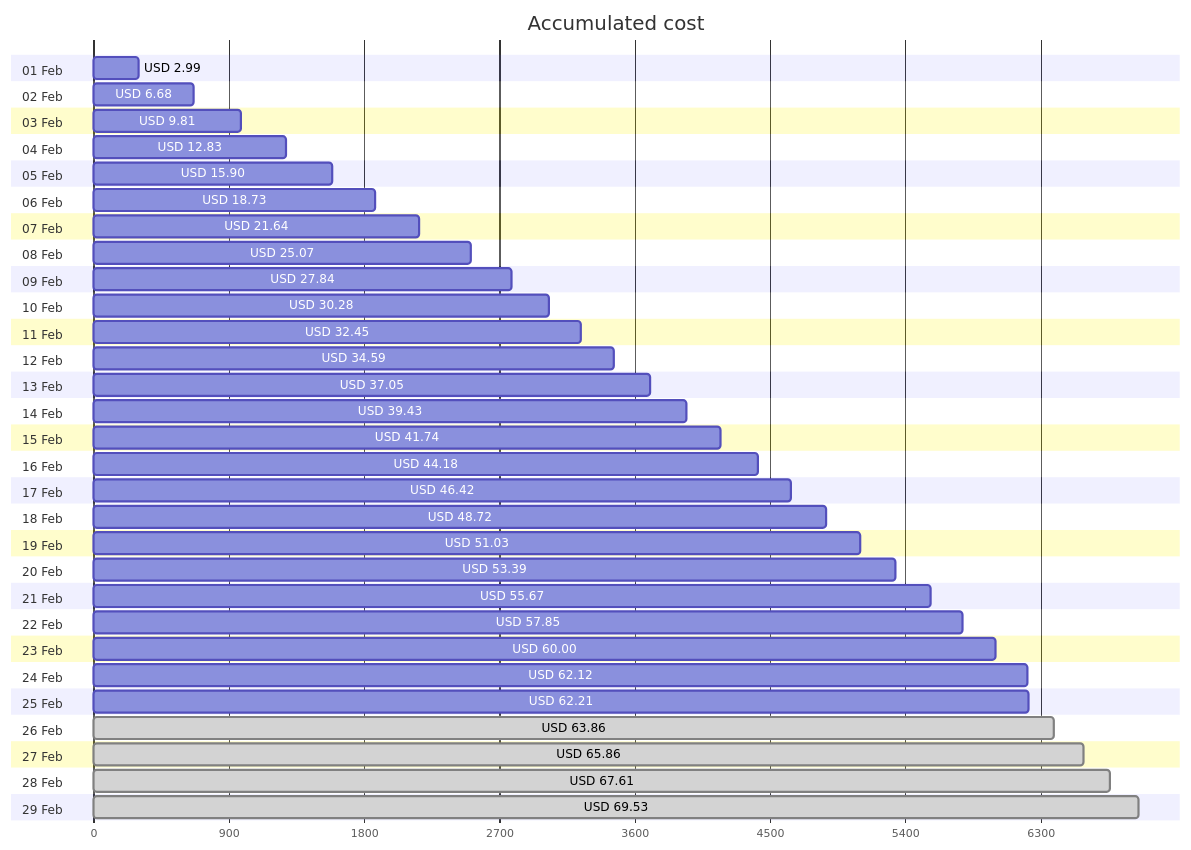
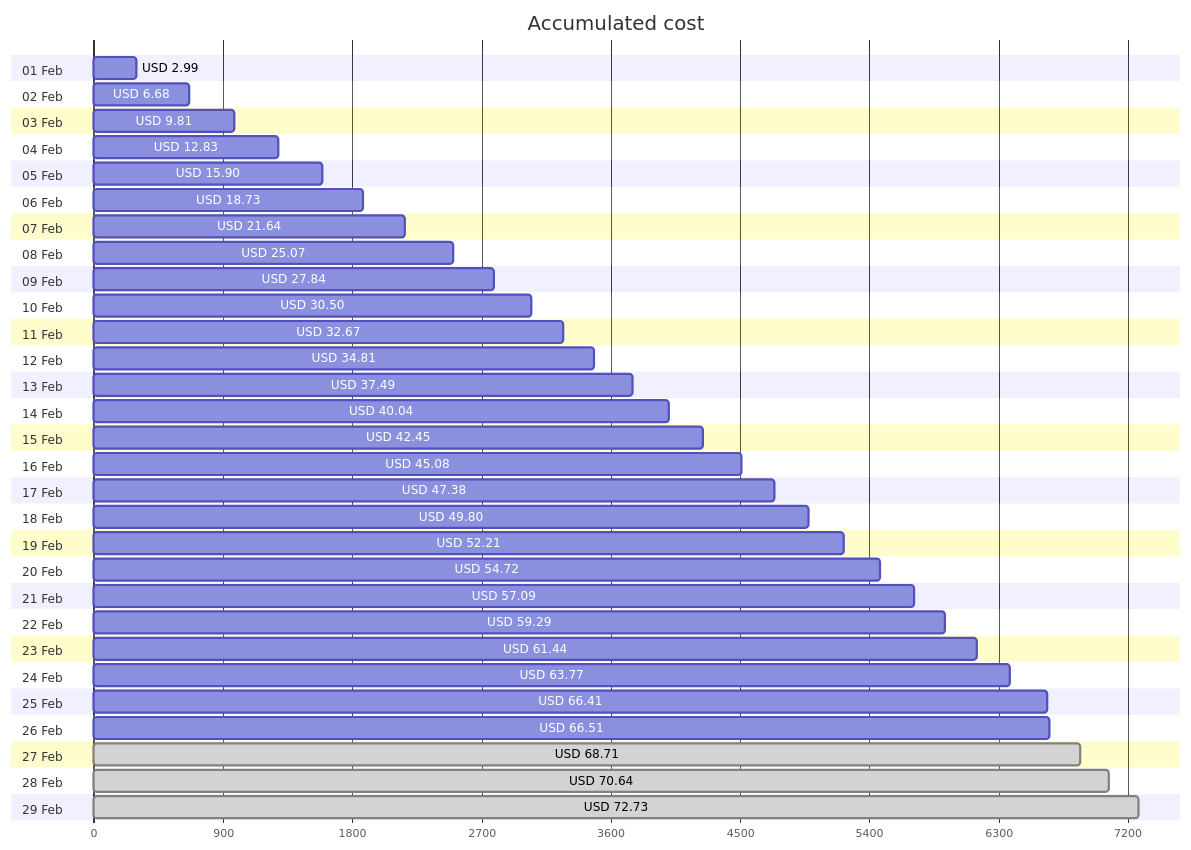
Before and after one commit to jpfulton/azure-personal-reports: the first of 4 diagrams in cost-reports/accumulated-cost.md, drawn with Mermaid. The commit also changed other lines of this file and 4 other files, not shown here.

````diff
--- a/cost-reports/accumulated-cost.md
+++ b/cost-reports/accumulated-cost.md
@@ -20,64 +20,64 @@
 ```mermaid
 gantt
    title Accumulated cost
    dateFormat  X
    axisFormat %s
    section 01 Feb
    USD 2.99 :0, 299
    section 02 Feb
    USD 6.68 :0, 668
    section 03 Feb
    USD 9.81 :0, 981
    section 04 Feb
    USD 12.83 :0, 1283
    section 05 Feb
    USD 15.90 :0, 1590
    section 06 Feb
    USD 18.73 :0, 1873
    section 07 Feb
    USD 21.64 :0, 2164
    section 08 Feb
    USD 25.07 :0, 2507
    section 09 Feb
    USD 27.84 :0, 2784
    section 10 Feb
-   USD 30.28 :0, 3028
+   USD 30.50 :0, 3050
    section 11 Feb
-   USD 32.45 :0, 3245
+   USD 32.67 :0, 3267
    section 12 Feb
-   USD 34.59 :0, 3459
+   USD 34.81 :0, 3481
    section 13 Feb
-   USD 37.05 :0, 3705
+   USD 37.49 :0, 3749
    section 14 Feb
-   USD 39.43 :0, 3943
+   USD 40.04 :0, 4004
    section 15 Feb
-   USD 41.74 :0, 4174
+   USD 42.45 :0, 4245
    section 16 Feb
-   USD 44.18 :0, 4418
+   USD 45.08 :0, 4508
    section 17 Feb
-   USD 46.42 :0, 4642
+   USD 47.38 :0, 4738
    section 18 Feb
-   USD 48.72 :0, 4872
+   USD 49.80 :0, 4980
    section 19 Feb
-   USD 51.03 :0, 5103
+   USD 52.21 :0, 5221
    section 20 Feb
-   USD 53.39 :0, 5339
+   USD 54.72 :0, 5472
    section 21 Feb
-   USD 55.67 :0, 5567
+   USD 57.09 :0, 5709
    section 22 Feb
-   USD 57.85 :0, 5785
+   USD 59.29 :0, 5929
    section 23 Feb
-   USD 60.00 :0, 6000
+   USD 61.44 :0, 6144
    section 24 Feb
-   USD 62.12 :0, 6212
+   USD 63.77 :0, 6377
    section 25 Feb
-   USD 62.21 :0, 6221
+   USD 66.41 :0, 6641
    section 26 Feb
-   USD 63.86 : done, 0, 6386
+   USD 66.51 :0, 6651
    section 27 Feb
-   USD 65.86 : done, 0, 6586
+   USD 68.71 : done, 0, 6871
    section 28 Feb
-   USD 67.61 : done, 0, 6761
+   USD 70.64 : done, 0, 7064
    section 29 Feb
-   USD 69.53 : done, 0, 6953
+   USD 72.73 : done, 0, 7273
 ```
````
